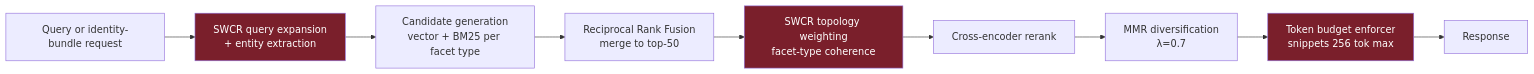
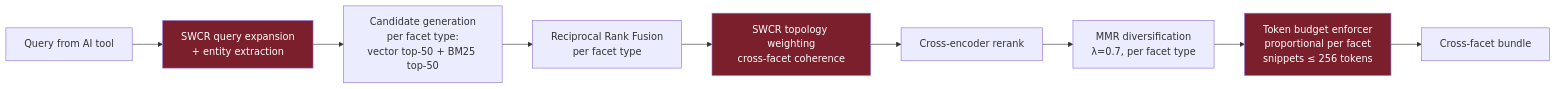
The third of 8 diagrams in docs/system-design.md (Mathews-Tom/Tessera), drawn with Mermaid before and after one commit. The commit also changed other lines of this file and 24 other files, not shown here.

````diff
--- a/docs/system-design.md
+++ b/docs/system-design.md
@@ -296,15 +258,15 @@
 ```mermaid
 graph LR
-  Q[Query or identity-bundle request] --> EXP[SWCR query expansion<br/>+ entity extraction]
-  EXP --> CAND[Candidate generation<br/>vector + BM25 per facet type]
-  CAND --> RRF[Reciprocal Rank Fusion<br/>merge to top-50]
-  RRF --> TOPO[SWCR topology weighting<br/>facet-type coherence]
+  Q[Query from AI tool] --> EXP[SWCR query expansion<br/>+ entity extraction]
+  EXP --> CAND[Candidate generation<br/>per facet type:<br/>vector top-50 + BM25 top-50]
+  CAND --> RRF[Reciprocal Rank Fusion<br/>per facet type]
+  RRF --> TOPO[SWCR topology weighting<br/>cross-facet coherence]
   TOPO --> RR[Cross-encoder rerank]
-  RR --> MMR[MMR diversification<br/>λ=0.7]
-  MMR --> BUDGET[Token budget enforcer<br/>snippets 256 tok max]
-  BUDGET --> OUT[Response]
+  RR --> MMR[MMR diversification<br/>λ=0.7, per facet type]
+  MMR --> BUDGET[Token budget enforcer<br/>proportional per facet<br/>snippets ≤ 256 tokens]
+  BUDGET --> OUT[Cross-facet bundle]
 
   style EXP fill:#7a1f2b,color:#fff
   style TOPO fill:#7a1f2b,color:#fff
   style BUDGET fill:#7a1f2b,color:#fff
 ```
````
